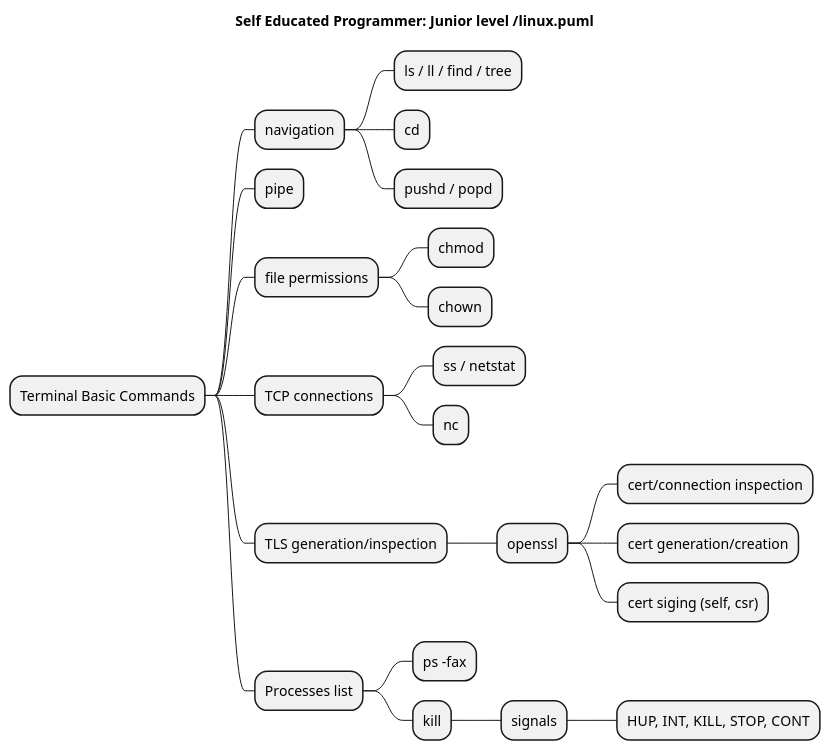
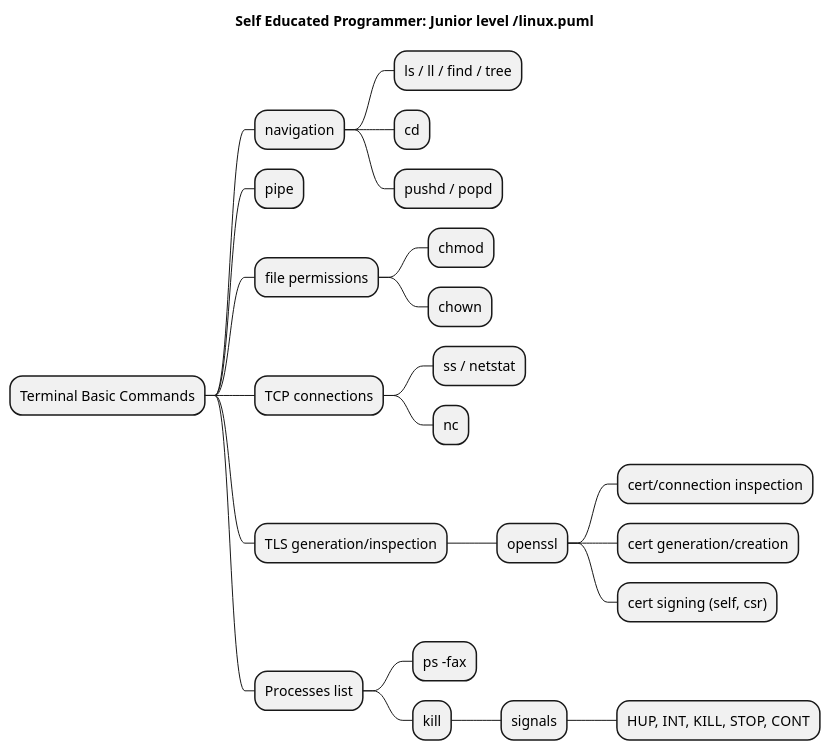
The diagram in src/linux_terminal_commands.puml (SmartSoftDev/self_educated_software_programmer_path), drawn with PlantUML before and after one commit. The commit also changed 14 other files, not shown here.

```diff
--- a/src/linux_terminal_commands.puml
+++ b/src/linux_terminal_commands.puml
@@ -1,28 +1,28 @@
 @startmindmap
 title Self Educated Programmer: Junior level /linux.puml
 
 * Terminal Basic Commands
 ** navigation
 *** ls / ll / find / tree
 *** cd
 *** pushd / popd
 ** pipe
 ** file permissions
 *** chmod
 *** chown
 ** TCP connections
 *** ss / netstat
 *** nc
 ** TLS generation/inspection
 *** openssl
 **** cert/connection inspection
 **** cert generation/creation
-**** cert siging (self, csr)
+**** cert signing (self, csr)
 ** Processes list
 *** ps -fax
 *** kill
 **** signals
 ***** HUP, INT, KILL, STOP, CONT
 
 
 @endmindmap
```
